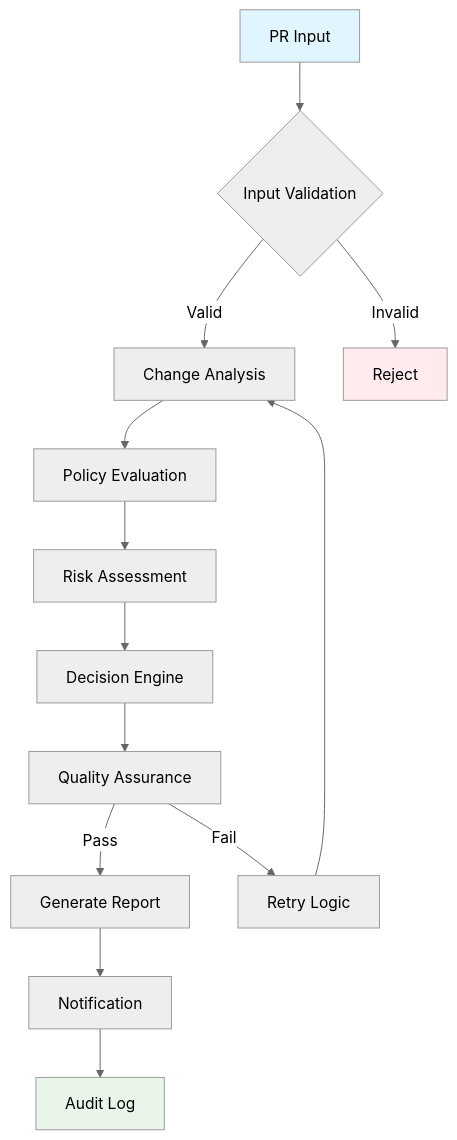
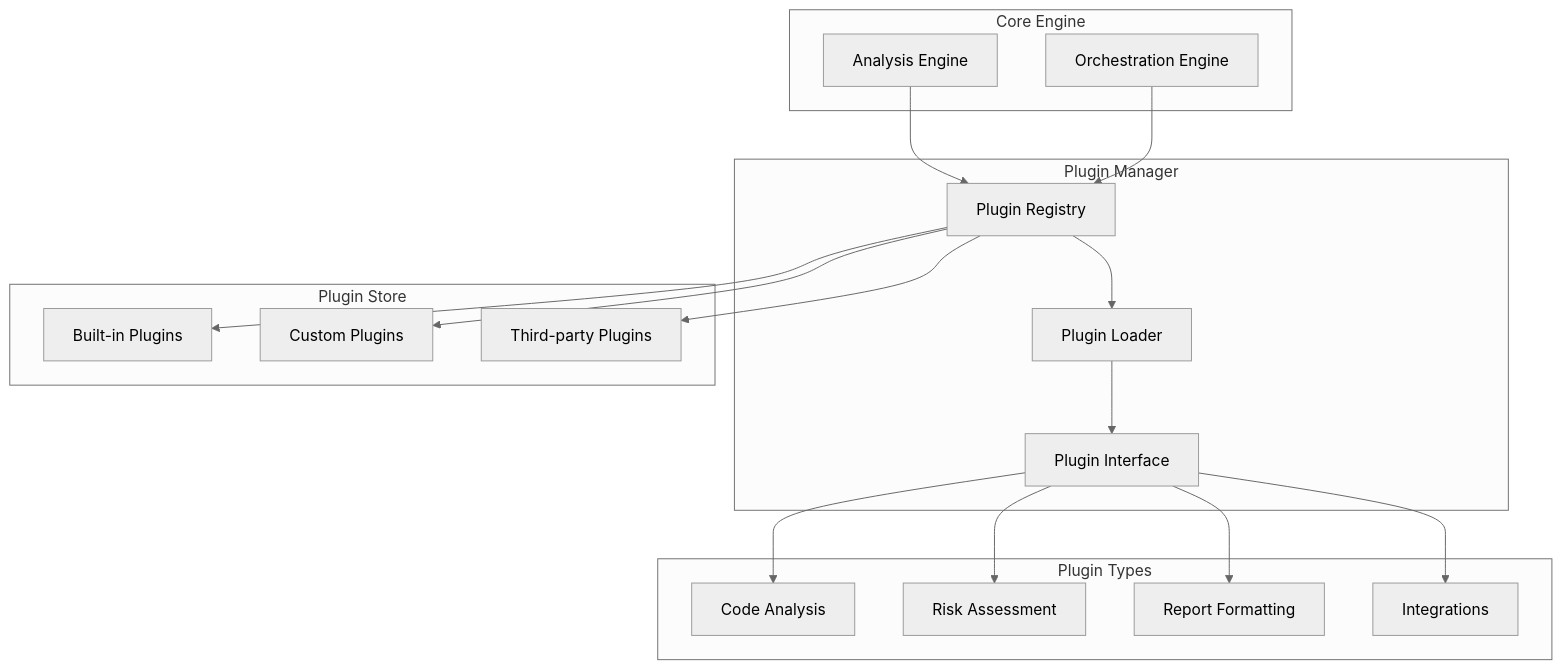
The fifth of 19 diagrams in docs/ARCHITECTURE.md (nmansur0ct/ReleaseRiskAnalyserAgent), drawn with Mermaid (neutral theme) before and after one commit. The commit also changed other lines of this file and 45 other files, not shown here.

````diff
--- a/docs/ARCHITECTURE.md
+++ b/docs/ARCHITECTURE.md
@@ -105,21 +339,38 @@
 ```mermaid
 flowchart TD
-    A[PR Input] --> B{Input Validation}
-    B -->|Valid| C[Change Analysis]
-    B -->|Invalid| X[Reject]
+    subgraph "Plugin Manager"
+        PM[Plugin Registry]
+        PL[Plugin Loader]
+        PI[Plugin Interface]
+    end
     
-    C --> D[Policy Evaluation]
-    D --> E[Risk Assessment]
-    E --> F[Decision Engine]
-    F --> G[Quality Assurance]
-    G -->|Pass| H[Generate Report]
-    G -->|Fail| I[Retry Logic]
-    I --> C
+    subgraph "Core Engine"
+        CE[Analysis Engine]
+        OE[Orchestration Engine]
+    end
     
-    H --> J[Notification]
-    J --> K[Audit Log]
+    subgraph "Plugin Store"
+        BP[Built-in Plugins]
+        CP[Custom Plugins]
+        TP[Third-party Plugins]
+    end
     
-    style A fill:#e1f5fe
-    style K fill:#e8f5e8
-    style X fill:#ffebee
+    subgraph "Plugin Types"
+        CA[Code Analysis]
+        RA[Risk Assessment]
+        RF[Report Formatting]
+        IN[Integrations]
+    end
+
+    PM --> PL
+    PL --> PI
+    CE --> PM
+    OE --> PM
+    PM --> BP
+    PM --> CP
+    PM --> TP
+    PI --> CA
+    PI --> RA
+    PI --> RF
+    PI --> IN
 ```
````
